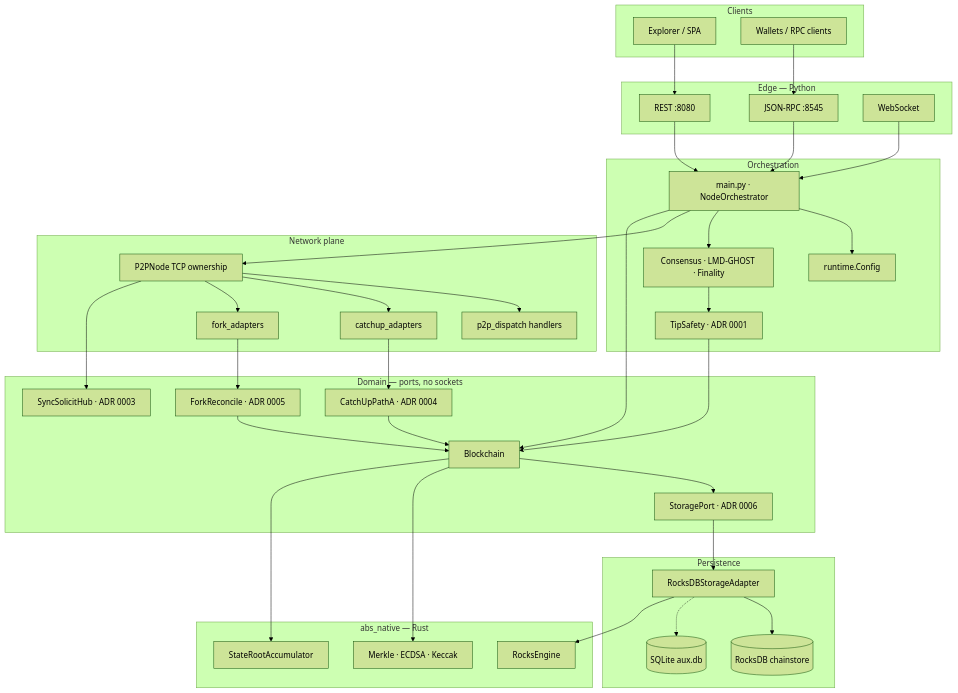
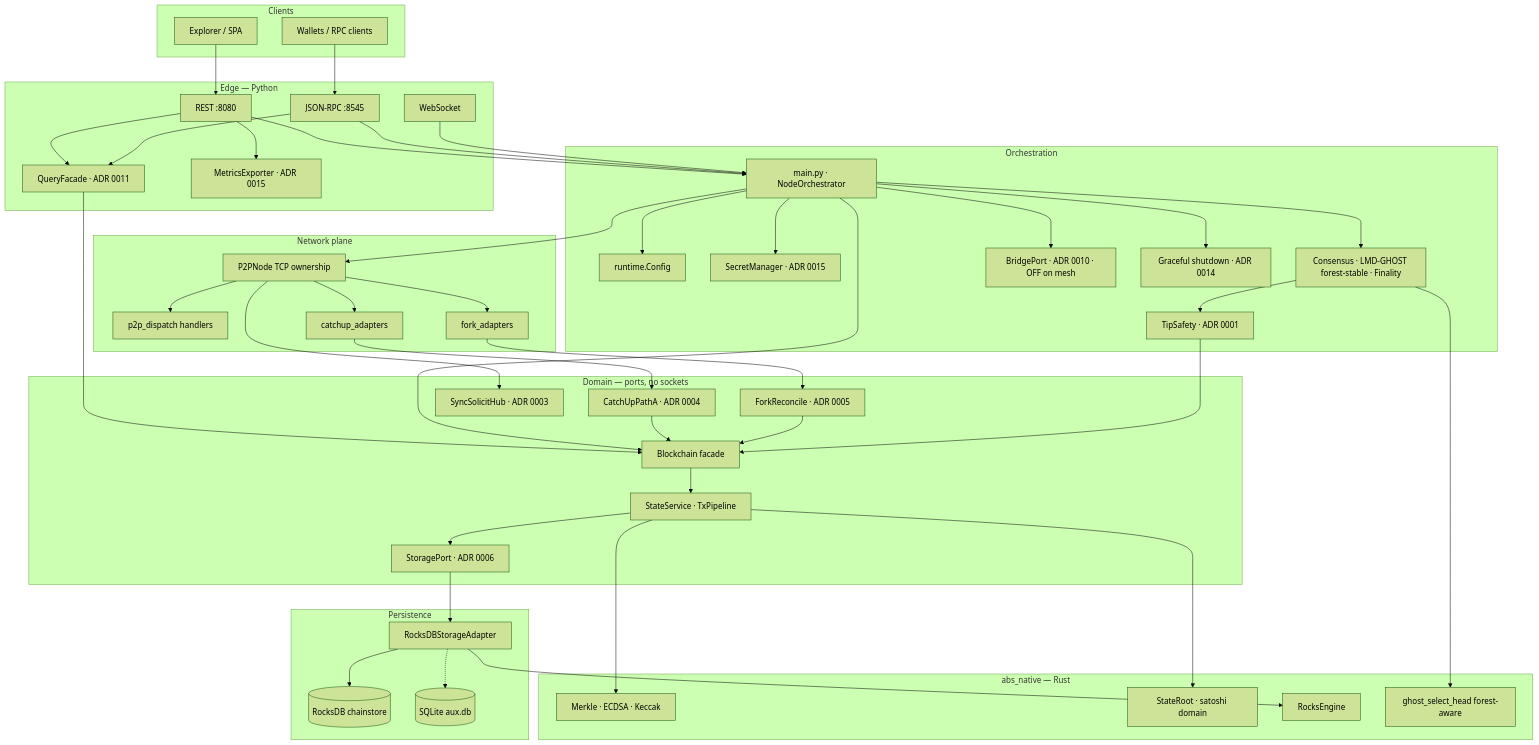
One commit to Gruver87/Absolute_Blockchain_Ultimate_Hybrid changed the first of 4 diagrams in docs/ARCHITECTURE.md. Above: the diagram before and after it, drawn with Mermaid (forest theme). The commit also changed other lines of this file and 5 other files, not shown here.

````diff
--- a/docs/ARCHITECTURE.md
+++ b/docs/ARCHITECTURE.md
@@ -24,13 +24,18 @@
     REST["REST :8080"]
     JR["JSON-RPC :8545"]
     WS["WebSocket"]
+    QF["QueryFacade · ADR 0011"]
+    MET["MetricsExporter · ADR 0015"]
   end
 
   subgraph orch ["Orchestration"]
     MAIN["main.py · NodeOrchestrator"]
     CFG["runtime.Config"]
-    CONS["Consensus · LMD-GHOST · Finality"]
+    SM["SecretManager · ADR 0015"]
+    CONS["Consensus · LMD-GHOST forest-stable · Finality"]
     TIP["TipSafety · ADR 0001"]
+    BR["BridgePort · ADR 0010 · OFF on mesh"]
+    STOP["Graceful shutdown · ADR 0014"]
   end
 
   subgraph net ["Network plane"]
@@ -44,7 +49,8 @@
     CAP["CatchUpPathA · ADR 0004"]
     FORK["ForkReconcile · ADR 0005"]
     SOL["SyncSolicitHub · ADR 0003"]
-    BC["Blockchain"]
+    BC["Blockchain facade"]
+    SS["StateService · TxPipeline"]
     SP["StoragePort · ADR 0006"]
   end
 
@@ -56,20 +62,29 @@
 
   subgraph rust ["abs_native — Rust"]
     CRYPTO["Merkle · ECDSA · Keccak"]
-    SR["StateRootAccumulator"]
+    SR["StateRoot · satoshi domain"]
     RE["RocksEngine"]
+    GHOST["ghost_select_head forest-aware"]
   end
 
   EX --> REST
   W --> JR
+  REST --> QF
+  JR --> QF
+  REST --> MET
   REST --> MAIN
   JR --> MAIN
   WS --> MAIN
+  QF --> BC
   MAIN --> CFG
+  MAIN --> SM
   MAIN --> CONS
   MAIN --> P2P
   MAIN --> BC
+  MAIN --> BR
+  MAIN --> STOP
   CONS --> TIP
+  CONS --> GHOST
   P2P --> DISP
   P2P --> CA
   P2P --> FA
@@ -78,12 +93,13 @@
   P2P --> SOL
   CAP --> BC
   FORK --> BC
-  BC --> SP
+  BC --> SS
+  SS --> SP
   SP --> AD
   AD --> ROCKS
   AD -.-> AUX
-  BC --> CRYPTO
-  BC --> SR
+  SS --> CRYPTO
+  SS --> SR
   AD --> RE
   TIP --> BC
 ```
````
